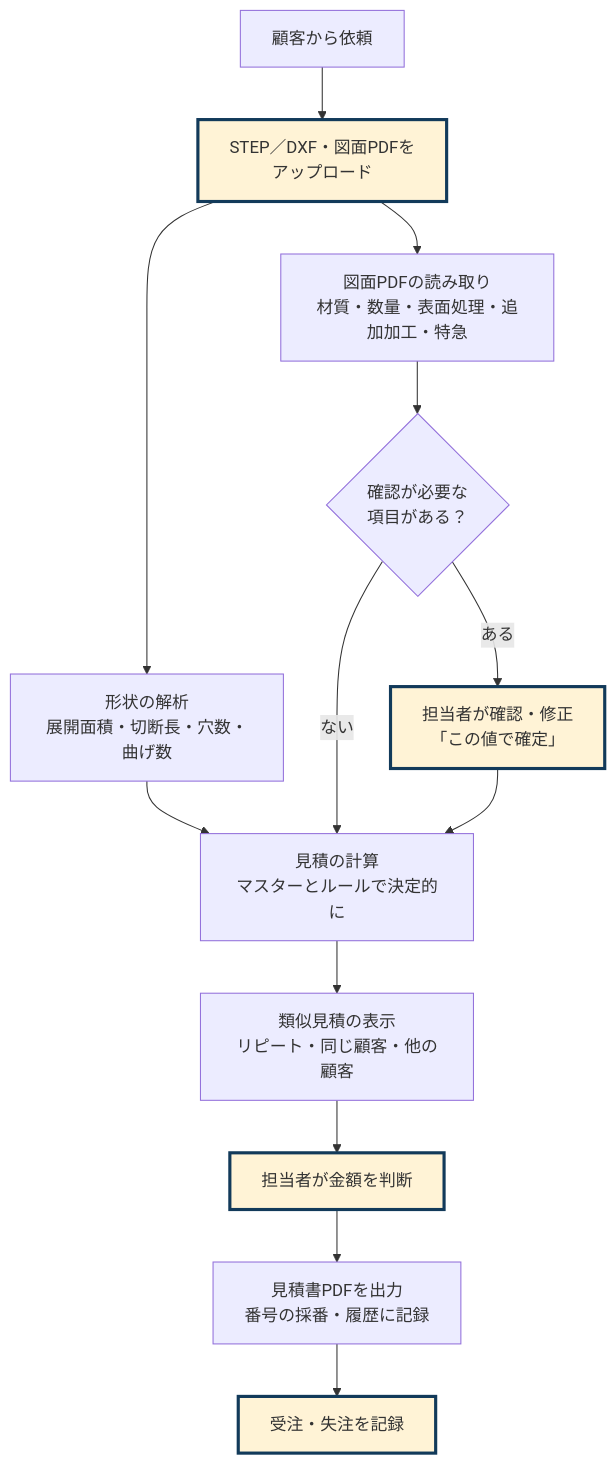
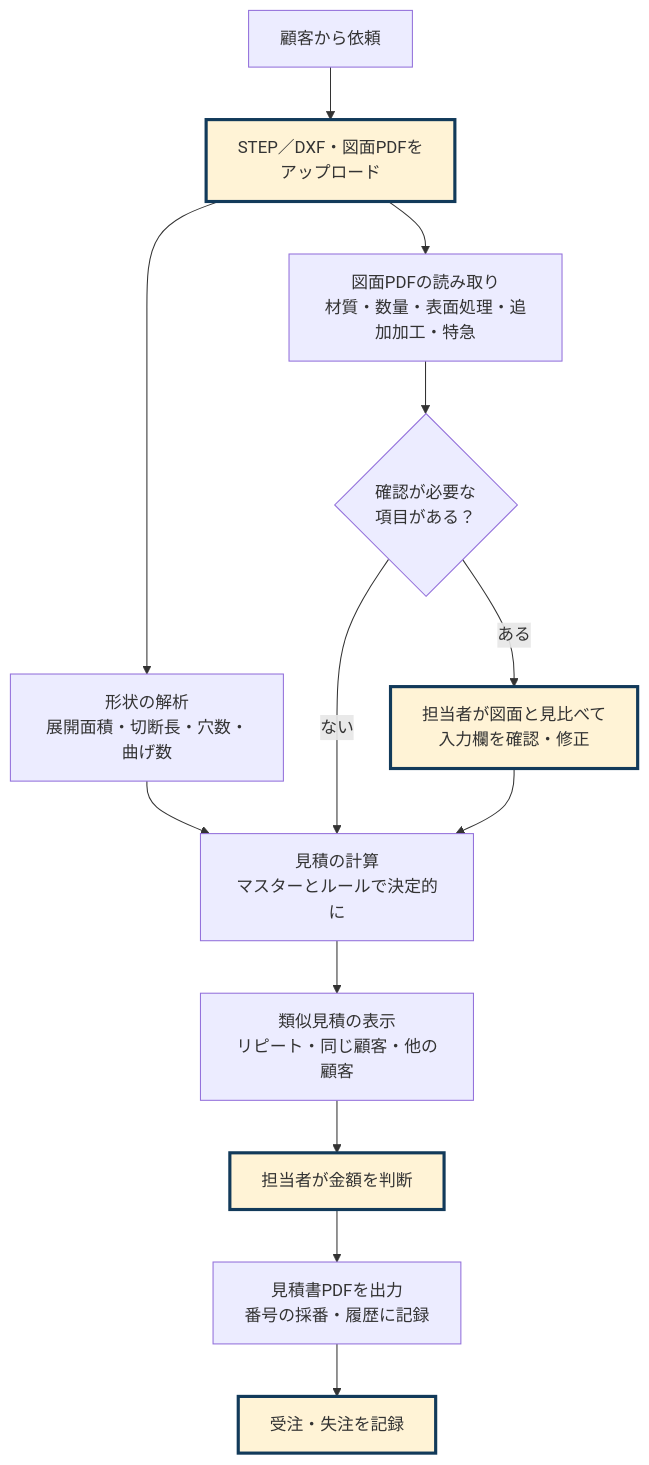
Before and after one commit to 1975020t/step_analysis_for_automatic-estimate: the third of 5 diagrams in docs/01_要件定義書.md, drawn with Mermaid. The commit also changed other lines of this file and 67 other files, not shown here.

````diff
--- a/docs/01_要件定義書.md
+++ b/docs/01_要件定義書.md
@@ -89,16 +89,16 @@
 ```mermaid 図 システム導入後の流れ（担当者の作業は太枠）
 flowchart TD
   r[顧客から依頼] --> u[STEP／DXF・図面PDFを<br/>アップロード]:::man
   u --> a[形状の解析<br/>展開面積・切断長・穴数・曲げ数]
   u --> b[図面PDFの読み取り<br/>材質・数量・表面処理・追加加工・特急]
   a --> q[見積の計算<br/>マスターとルールで決定的に]
   b --> k{確認が必要な<br/>項目がある？}
   k -- ない --> q
-  k -- ある --> m[担当者が確認・修正<br/>「この値で確定」]:::man
+  k -- ある --> m[担当者が図面と見比べて<br/>入力欄を確認・修正]:::man
   m --> q
   q --> s[類似見積の表示<br/>リピート・同じ顧客・他の顧客]
   s --> j[担当者が金額を判断]:::man
   j --> d[見積書PDFを出力<br/>番号の採番・履歴に記録]
   d --> o[受注・失注を記録]:::man
   classDef man stroke-width:3px,stroke:#123a5a,fill:#fff3d6;
 ```
````
